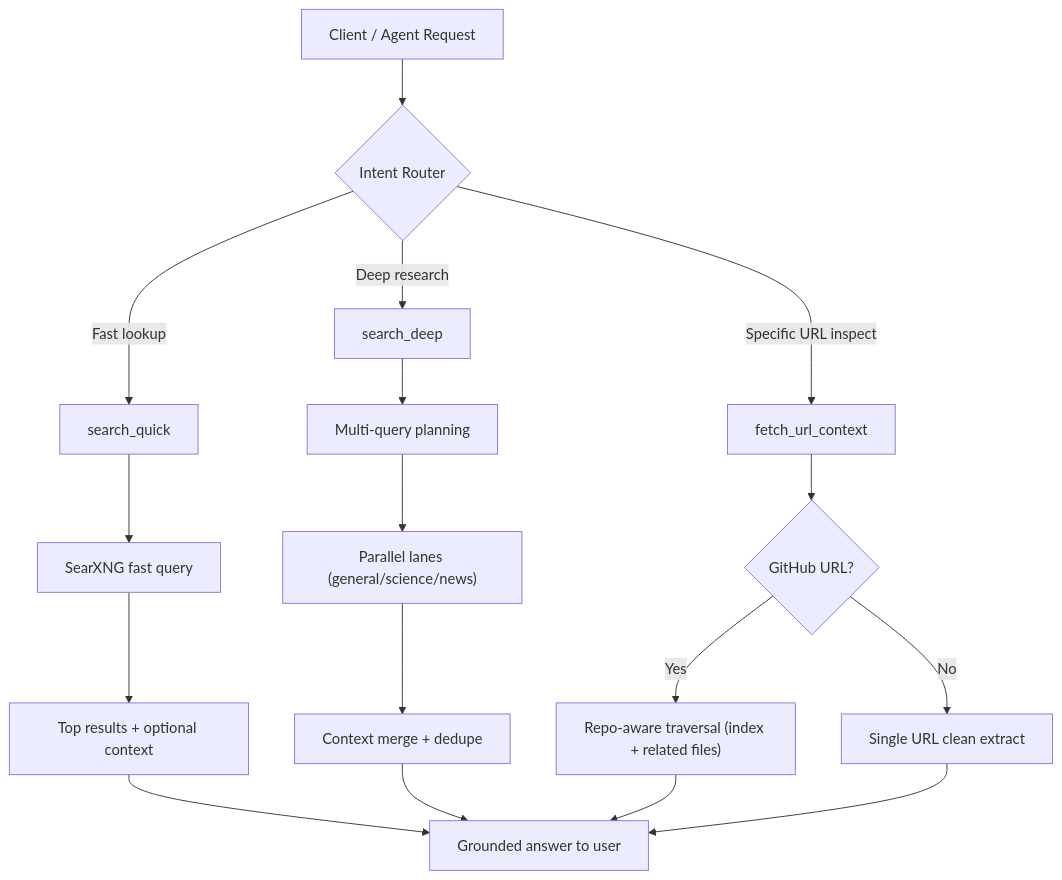
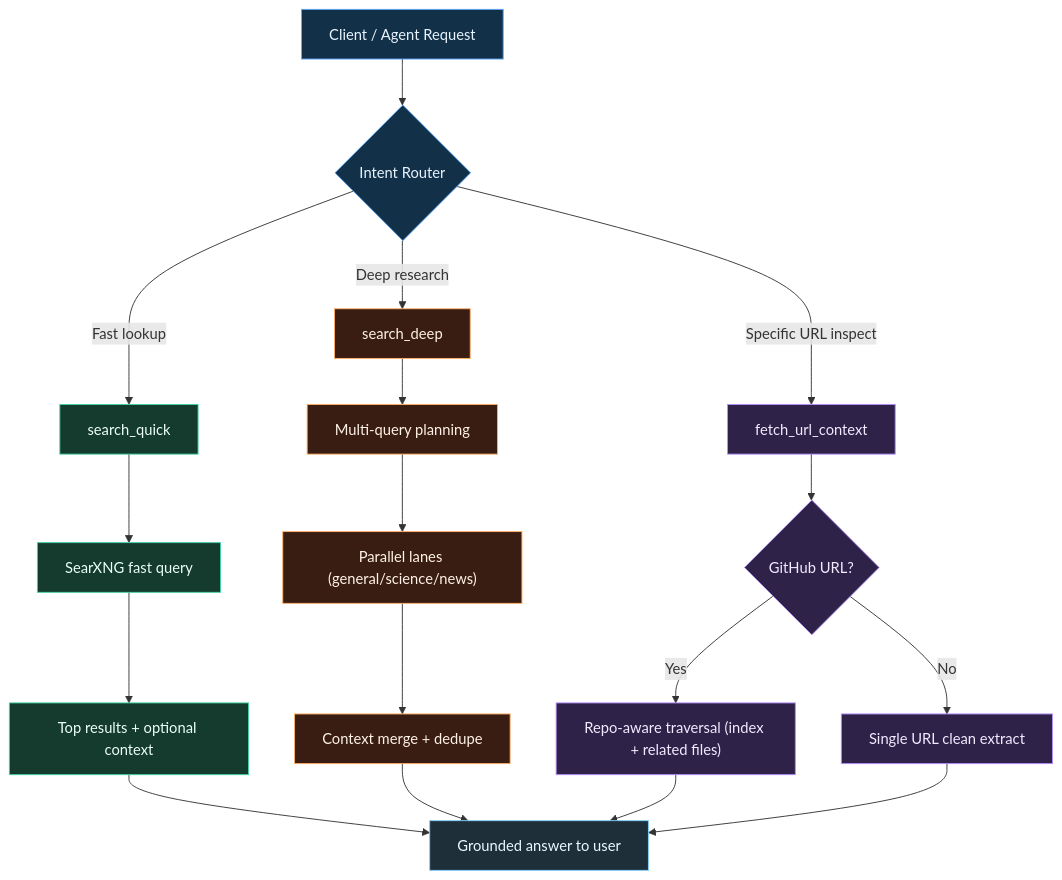
Before and after one commit to zvspuentus-rgb/Argentic-Search-Lab: the second of 2 diagrams in README.md, drawn with Mermaid. The commit also changed other lines of this file and 1 other file, not shown here.

Commit message:
docs(node-branch): style MCP mermaid workflows to match main visual theme

````diff
--- a/README.md
+++ b/README.md
@@ -49,22 +54,32 @@
 ```mermaid
 flowchart TB
     A["Client / Agent Request"] --> B{"Intent Router"}
     B -->|"Fast lookup"| Q["search_quick"]
     B -->|"Deep research"| D["search_deep"]
     B -->|"Specific URL inspect"| U["fetch_url_context"]
 
     Q --> Q1["SearXNG fast query"]
     Q1 --> Q2["Top results + optional context"]
     Q2 --> OUT["Grounded answer to user"]
 
     D --> D1["Multi-query planning"]
     D1 --> D2["Parallel lanes (general/science/news)"]
     D2 --> D3["Context merge + dedupe"]
     D3 --> OUT
 
     U --> U1{"GitHub URL?"}
     U1 -->|"Yes"| U2["Repo-aware traversal (index + related files)"]
     U1 -->|"No"| U3["Single URL clean extract"]
     U2 --> OUT
     U3 --> OUT
+    classDef entry fill:#123047,stroke:#5fa8ff,color:#e8f4ff,stroke-width:1px;
+    classDef quick fill:#153a2e,stroke:#43d3a8,color:#eafff6,stroke-width:1px;
+    classDef deep fill:#3a1d12,stroke:#ffb067,color:#fff2e8,stroke-width:1px;
+    classDef url fill:#2f2248,stroke:#b690ff,color:#f2eaff,stroke-width:1px;
+    classDef output fill:#1f2f3a,stroke:#7fd1ff,color:#eaf8ff,stroke-width:1px;
+    class A,B entry;
+    class Q,Q1,Q2 quick;
+    class D,D1,D2,D3 deep;
+    class U,U1,U2,U3 url;
+    class OUT output;
 ```
````
